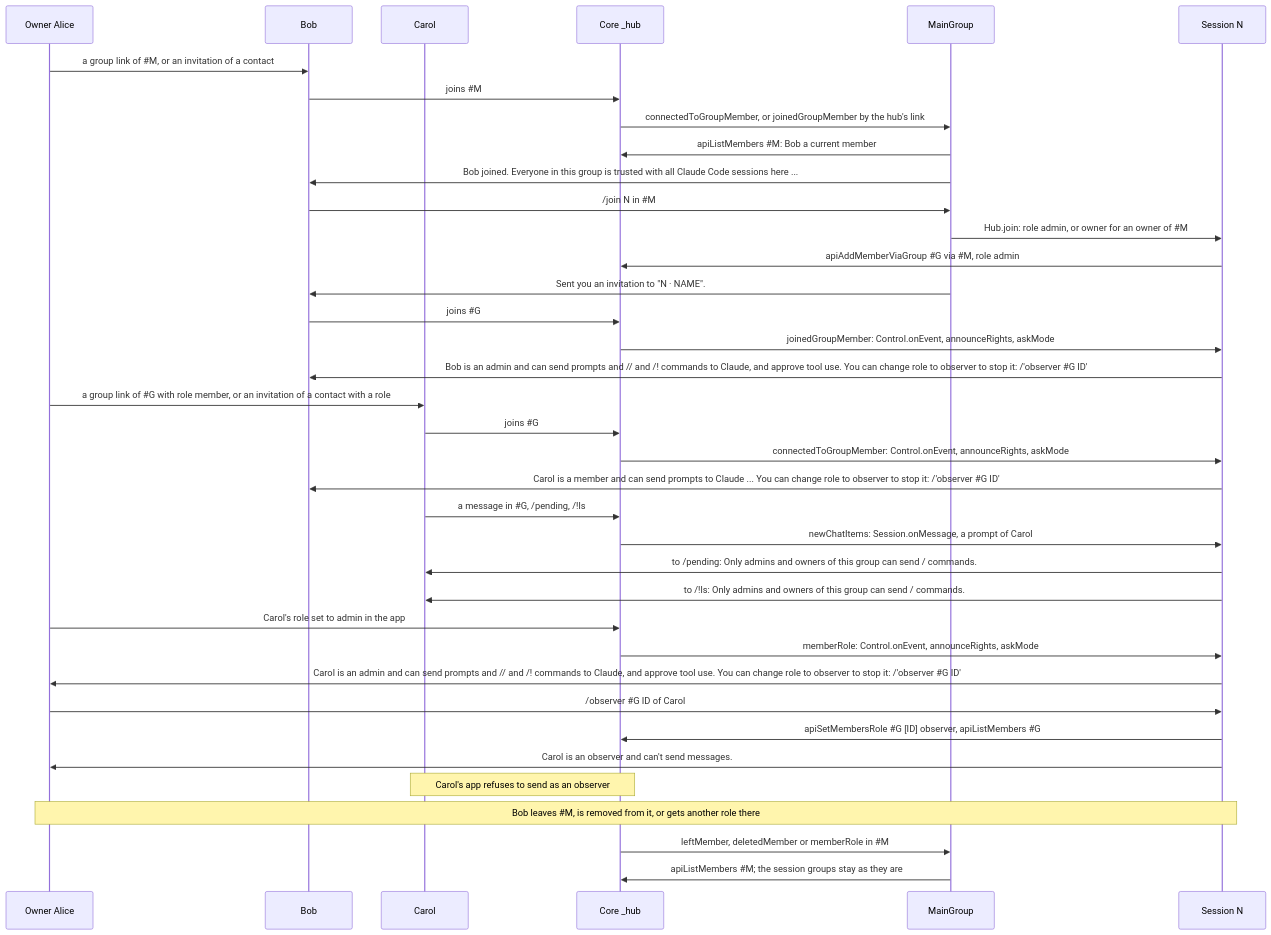
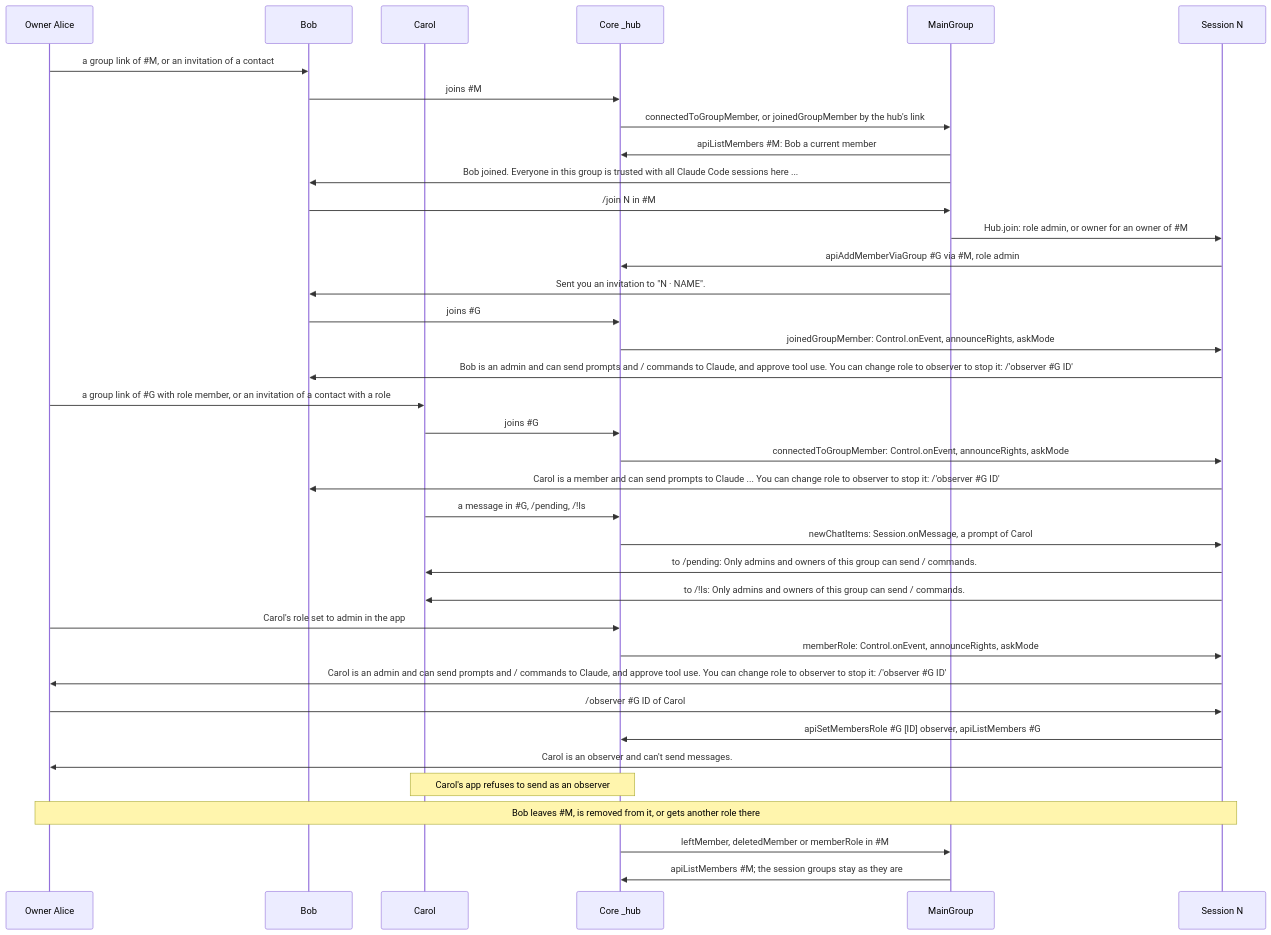
One commit to simplex-chat/simplex-chat changed diagram 28 of 30 in packages/simplex-chat-mcp/spec/flows.md. Above: the diagram before and after it, drawn with Mermaid. The commit also changed other lines of this file and 6 other files, not shown here.

First line of the commit message:
mcp: rights posts name / commands, without the observer hint for owners

````diff
--- a/packages/simplex-chat-mcp/spec/flows.md
+++ b/packages/simplex-chat-mcp/spec/flows.md
@@ -1222,39 +1222,39 @@
 ```mermaid
 sequenceDiagram
   participant A as Owner Alice
   participant B as Bob
   participant G as Carol
   participant C as Core _hub
   participant M as MainGroup
   participant N as Session N
   A->>B: a group link of #35;M, or an invitation of a contact
   B->>C: joins #35;M
   C->>M: connectedToGroupMember, or joinedGroupMember by the hub's link
   M->>C: apiListMembers #35;M: Bob a current member
   M->>B: Bob joined. Everyone in this group is trusted with all Claude Code sessions here ...
   B->>M: /join N in #35;M
   M->>N: Hub.join: role admin, or owner for an owner of #35;M
   N->>C: apiAddMemberViaGroup #35;G via #35;M, role admin
   M->>B: Sent you an invitation to "N · NAME".
   B->>C: joins #35;G
   C->>N: joinedGroupMember: Control.onEvent, announceRights, askMode
-  N->>B: Bob is an admin and can send prompts and // and /! commands to Claude, and approve tool use. You can change role to observer to stop it: /'observer #35;G ID'
+  N->>B: Bob is an admin and can send prompts and / commands to Claude, and approve tool use. You can change role to observer to stop it: /'observer #35;G ID'
   A->>G: a group link of #35;G with role member, or an invitation of a contact with a role
   G->>C: joins #35;G
   C->>N: connectedToGroupMember: Control.onEvent, announceRights, askMode
   N->>B: Carol is a member and can send prompts to Claude ... You can change role to observer to stop it: /'observer #35;G ID'
   G->>C: a message in #35;G, /pending, /!ls
   C->>N: newChatItems: Session.onMessage, a prompt of Carol
   N->>G: to /pending: Only admins and owners of this group can send / commands.
   N->>G: to /!ls: Only admins and owners of this group can send / commands.
   A->>C: Carol's role set to admin in the app
   C->>N: memberRole: Control.onEvent, announceRights, askMode
-  N->>A: Carol is an admin and can send prompts and // and /! commands to Claude, and approve tool use. You can change role to observer to stop it: /'observer #35;G ID'
+  N->>A: Carol is an admin and can send prompts and / commands to Claude, and approve tool use. You can change role to observer to stop it: /'observer #35;G ID'
   A->>N: /observer #35;G ID of Carol
   N->>C: apiSetMembersRole #35;G [ID] observer, apiListMembers #35;G
   N->>A: Carol is an observer and can't send messages.
   Note over G,C: Carol's app refuses to send as an observer
   Note over A,N: Bob leaves #35;M, is removed from it, or gets another role there
   C->>M: leftMember, deletedMember or memberRole in #35;M
   M->>C: apiListMembers #35;M#59; the session groups stay as they are
 ```
````
